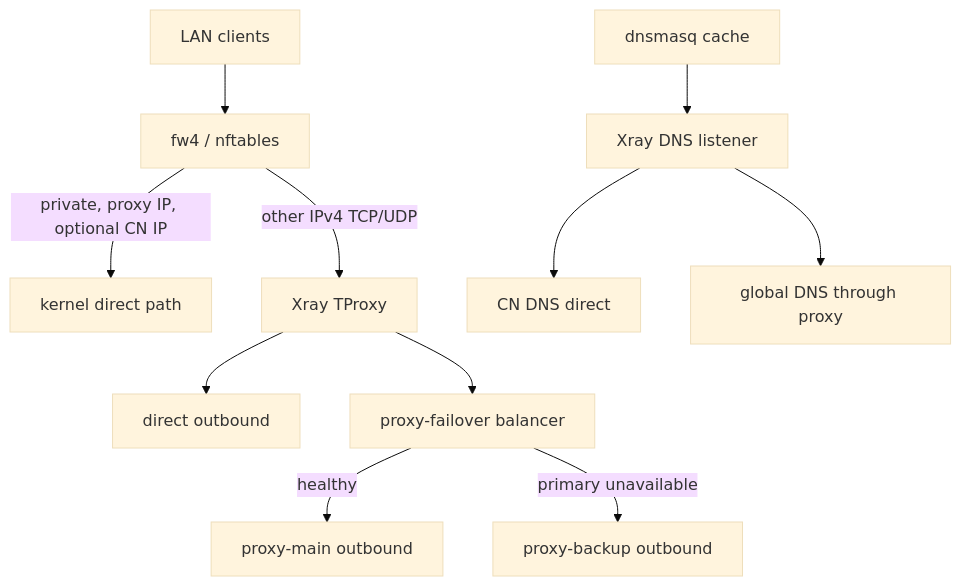
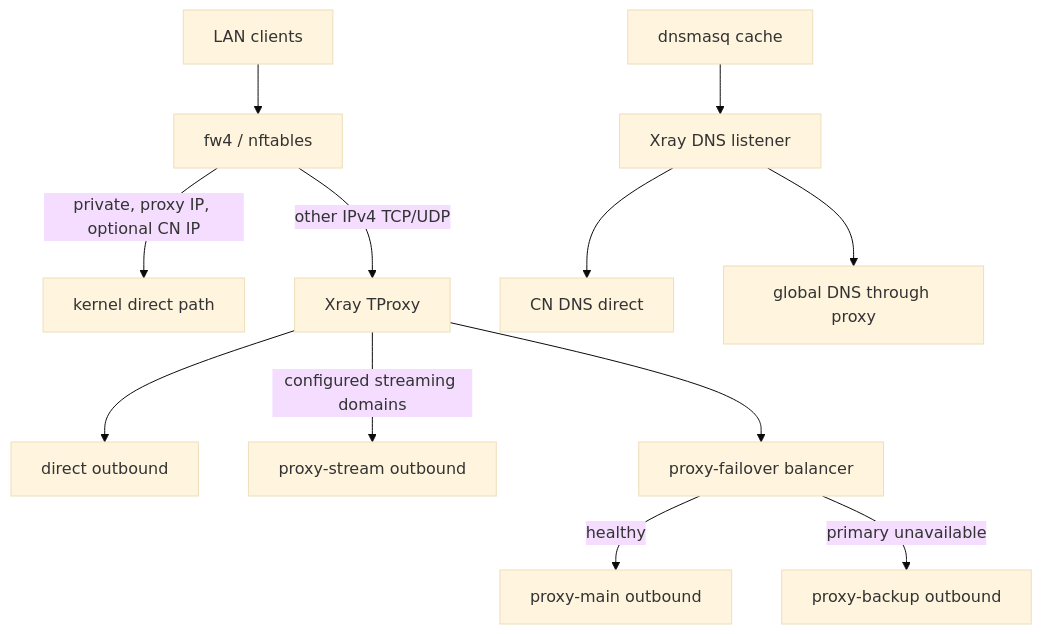
One commit to Ordinary-Capability/openwrt-xray-router changed the diagram in docs/ARCHITECTURE.md. Above: the diagram before and after it, drawn with Mermaid (base theme). The commit also changed other lines of this file and 14 other files, not shown here.

Commit message:
Add stream proxy

````diff
--- a/docs/ARCHITECTURE.md
+++ b/docs/ARCHITECTURE.md
@@ -5,13 +5,14 @@
 ```mermaid
 flowchart TD
     LAN[LAN clients] --> NFT[fw4 / nftables]
     NFT -->|private, proxy IP, optional CN IP| FAST[kernel direct path]
     NFT -->|other IPv4 TCP/UDP| XRAY[Xray TProxy]
     XRAY --> DIRECT[direct outbound]
+    XRAY -->|configured streaming domains| STREAM[proxy-stream outbound]
     XRAY --> BAL[proxy-failover balancer]
     BAL -->|healthy| PROXY[proxy-main outbound]
     BAL -->|primary unavailable| BACKUP[proxy-backup outbound]
     DNSMASQ[dnsmasq cache] --> DNSIN[Xray DNS listener]
     DNSIN --> CNDNS[CN DNS direct]
     DNSIN --> GDNS[global DNS through proxy]
 ```
````
